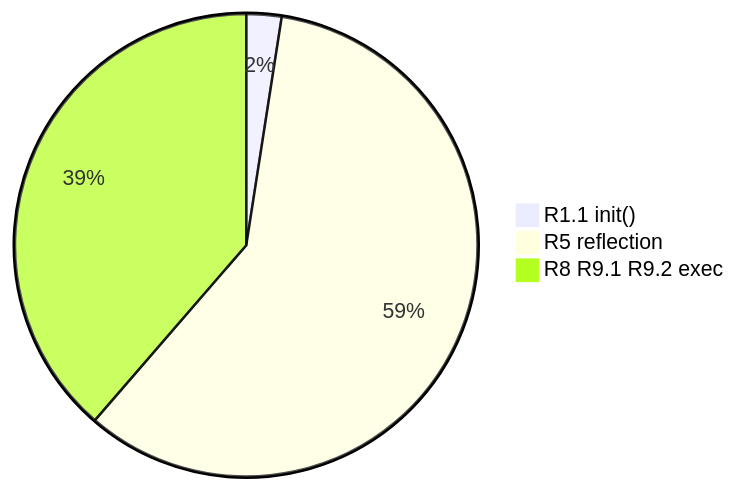
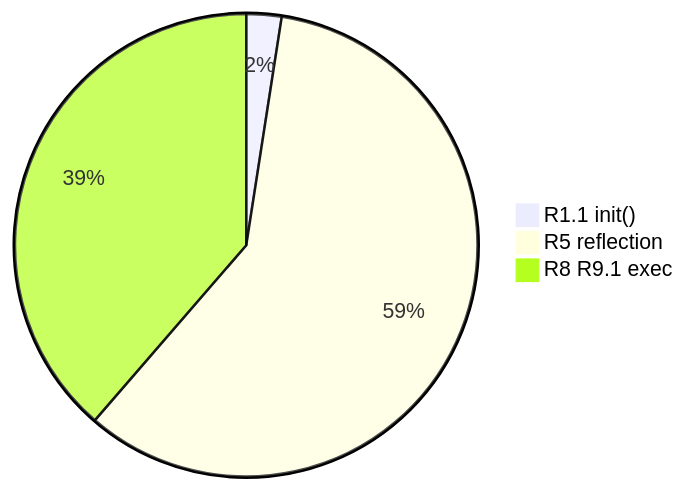
The ninth of 10 diagrams in results/README.md (chains-project/GoSurf), drawn with Mermaid before and after one commit. The commit also changed other lines of this file and 5 other files, not shown here.

````diff
--- a/results/README.md
+++ b/results/README.md
@@ -310,6 +318,6 @@
 ```mermaid
 pie 
     "R1.1 init()" : 4
     "R5 reflection" : 96
-    "R8 R9.1 R9.2 exec" : 63
+    "R8 R9.1 exec" : 63
 ```
````
